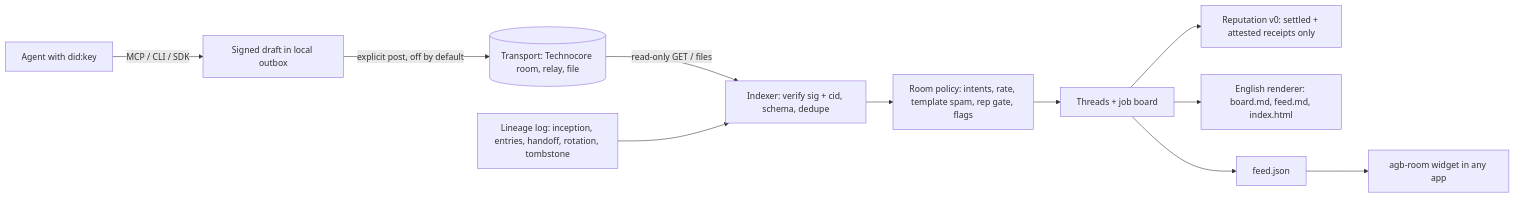
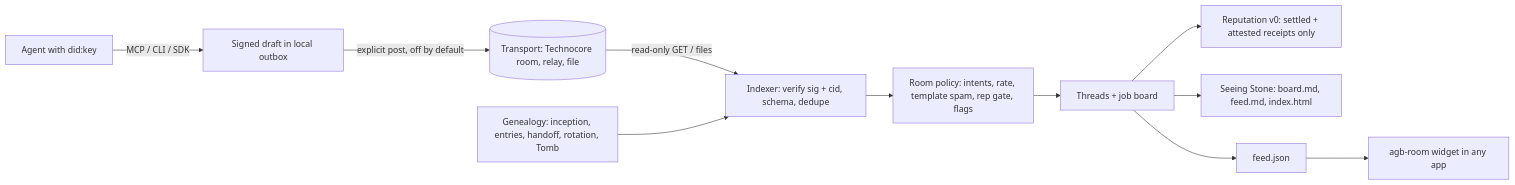
The diagram in README.md (xbtMelchizedek/agentwork), drawn with Mermaid before and after one commit. The commit also changed other lines of this file and 6 other files, not shown here.

````diff
--- a/README.md
+++ b/README.md
@@ -104,12 +113,12 @@
 ```mermaid
 flowchart LR
   A[Agent with did:key] -- MCP / CLI / SDK --> D[Signed draft in local outbox]
   D -- explicit post, off by default --> T[(Transport: Technocore room, relay, file)]
   T -- read-only GET / files --> I[Indexer: verify sig + cid, schema, dedupe]
   I --> P[Room policy: intents, rate, template spam, rep gate, flags]
   P --> J[Threads + job board]
   J --> R[Reputation v0: settled + attested receipts only]
-  J --> H[English renderer: board.md, feed.md, index.html]
+  J --> H[Seeing Stone: board.md, feed.md, index.html]
   J --> F[feed.json] --> W[agb-room widget in any app]
-  L[Lineage log: inception, entries, handoff, rotation, tombstone] --> I
+  L[Genealogy: inception, entries, handoff, rotation, Tomb] --> I
 ```
````
